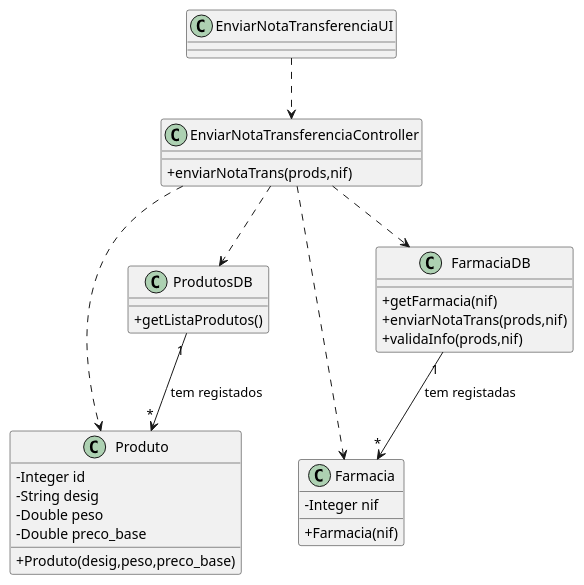
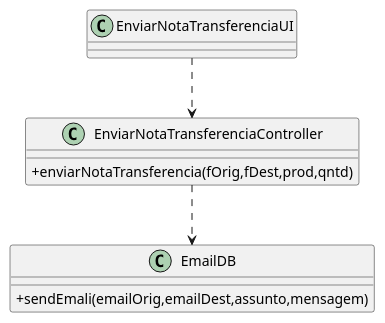
The diagram in docs/UC131/UC131_EnviarNotaTransferenciaCD.puml (pedrolemos4/LAPR3), drawn with PlantUML before and after one commit. The commit also changed 5 other files, not shown here.

Commit message:
LAP3AP4-161 #close Enviar Nota Transferencia [Review]

```diff
--- a/docs/UC131/UC131_EnviarNotaTransferenciaCD.puml
+++ b/docs/UC131/UC131_EnviarNotaTransferenciaCD.puml
@@ -1,43 +1,18 @@
 @startuml
 skinparam classAttributeIconSize 0
 
-class Produto {
-  -Integer id
-  -String desig
-  -Double peso
-  -Double preco_base
-  +Produto(desig,peso,preco_base)
-}
-
-class ProdutosDB {
-  +getListaProdutos()
-}
-
-class Farmacia {
-  -Integer nif
-  +Farmacia(nif)
-}
-
-class FarmaciaDB {
-  +getFarmacia(nif)
-  +enviarNotaTrans(prods,nif)
-  +validaInfo(prods,nif)
+class EmailDB {
+  +sendEmali(emailOrig,emailDest,assunto,mensagem)
 }
 
 class EnviarNotaTransferenciaController {
-    +enviarNotaTrans(prods,nif)
+    +enviarNotaTransferencia(fOrig,fDest,prod,qntd)
 }
 
 class EnviarNotaTransferenciaUI {
 }
 
 EnviarNotaTransferenciaUI ..> EnviarNotaTransferenciaController
-EnviarNotaTransferenciaController ..> ProdutosDB
-EnviarNotaTransferenciaController ..> Produto
-EnviarNotaTransferenciaController ..> FarmaciaDB
-EnviarNotaTransferenciaController ..> Farmacia
-
-ProdutosDB "1" --> "*" Produto : tem registados
-FarmaciaDB "1" --> "*" Farmacia : tem registadas
+EnviarNotaTransferenciaController ..> EmailDB
 
 @enduml
```
